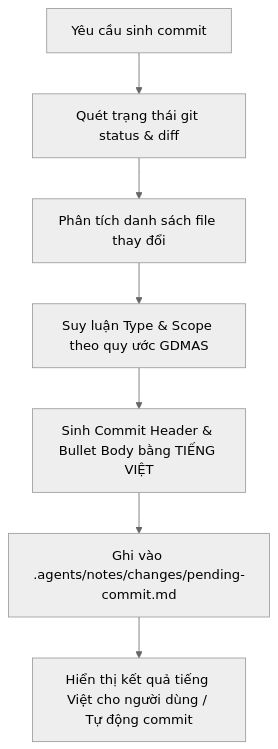
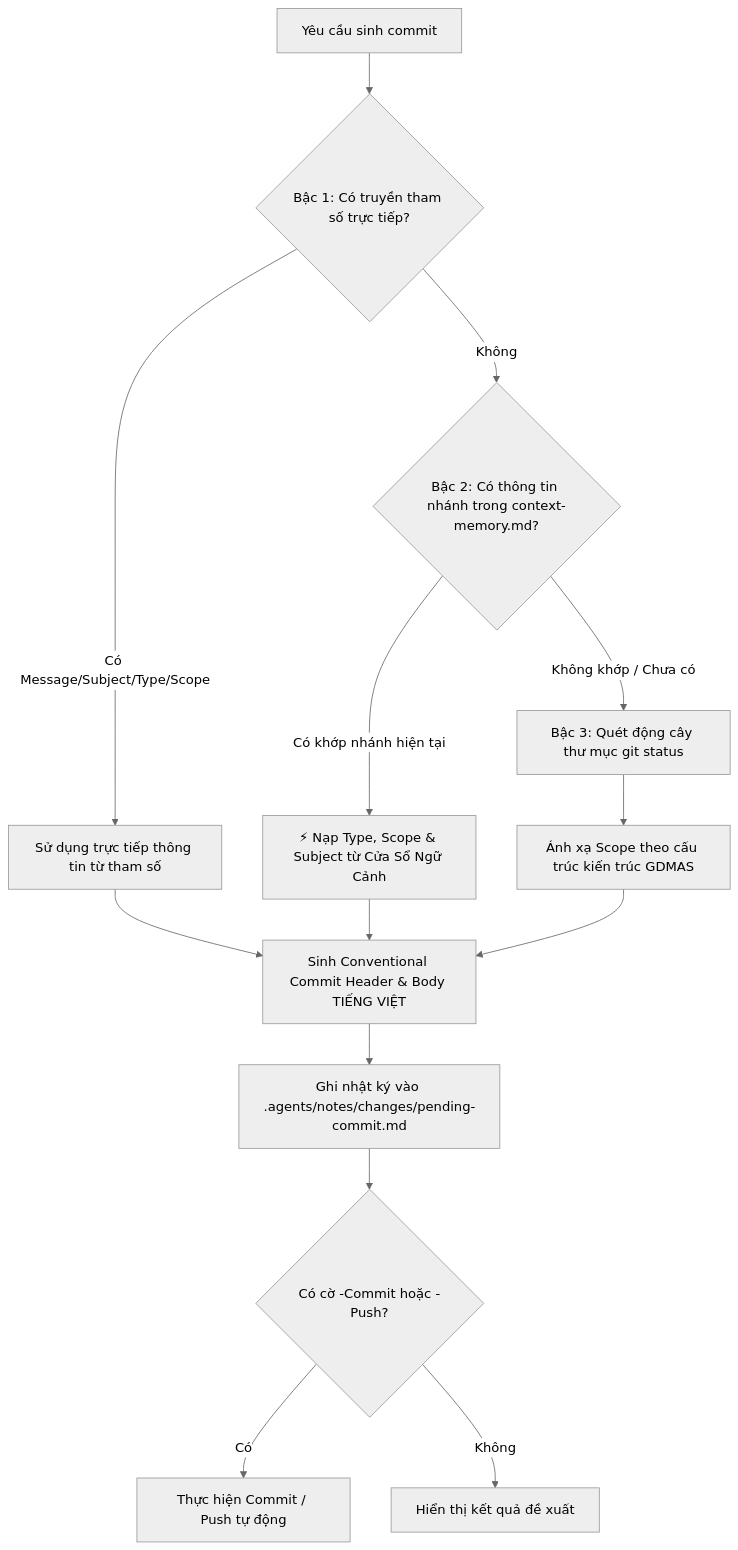
Before and after one commit to ThienleDuc/GDMAS: the diagram in .agents/skills/generate-commit/SKILL.md, drawn with Mermaid (neutral theme). The commit also changed other lines of this file and 9 other files, not shown here.

````diff
--- a/.agents/skills/generate-commit/SKILL.md
+++ b/.agents/skills/generate-commit/SKILL.md
@@ -22,9 +24,14 @@
 ```mermaid
 flowchart TD
-    A[Yêu cầu sinh commit] --> B[Quét trạng thái git status & diff]
-    B --> C[Phân tích danh sách file thay đổi]
-    C --> D[Suy luận Type & Scope theo quy ước GDMAS]
-    D --> E[Sinh Commit Header & Bullet Body bằng TIẾNG VIỆT]
-    E --> F[Ghi vào .agents/notes/changes/pending-commit.md]
-    F --> G[Hiển thị kết quả tiếng Việt cho người dùng / Tự động commit]
+    A[Yêu cầu sinh commit] --> B{Bậc 1: Có truyền tham số trực tiếp?}
+    B -- Có Message/Subject/Type/Scope --> C[Sử dụng trực tiếp thông tin từ tham số]
+    B -- Không --> D{Bậc 2: Có thông tin nhánh trong context-memory.md?}
+    D -- Có khớp nhánh hiện tại --> E[⚡ Nạp Type, Scope & Subject từ Cửa Sổ Ngữ Cảnh]
+    D -- Không khớp / Chưa có --> F[Bậc 3: Quét động cây thư mục git status]
+    F --> G[Ánh xạ Scope theo cấu trúc kiến trúc GDMAS]
+    C & E & G --> H[Sinh Conventional Commit Header & Body TIẾNG VIỆT]
+    H --> I[Ghi nhật ký vào .agents/notes/changes/pending-commit.md]
+    I --> J{Có cờ -Commit hoặc -Push?}
+    J -- Có --> K[Thực hiện Commit / Push tự động]
+    J -- Không --> L[Hiển thị kết quả đề xuất]
 ```
````
